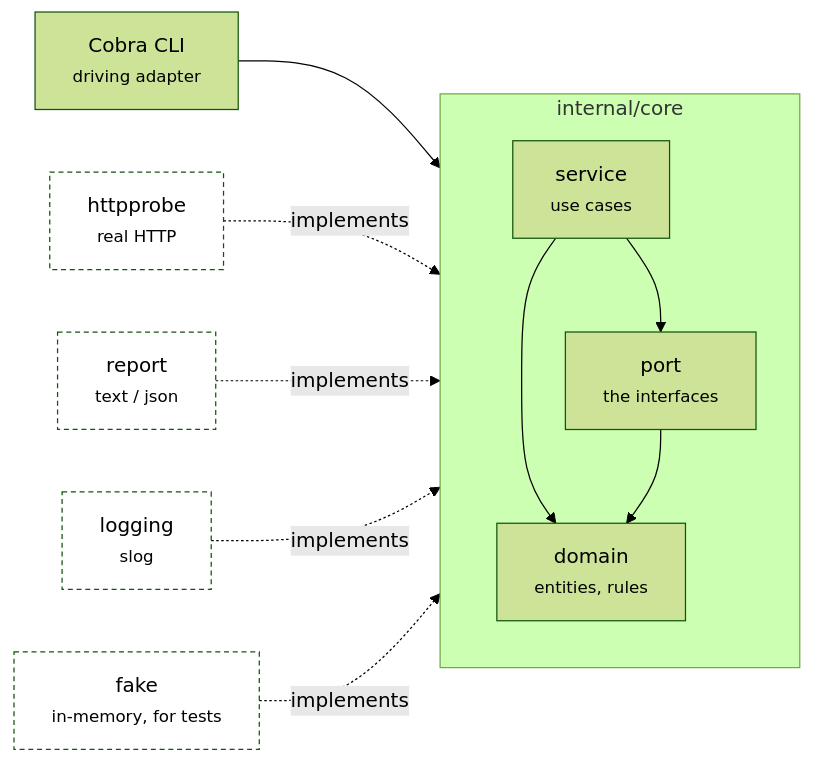
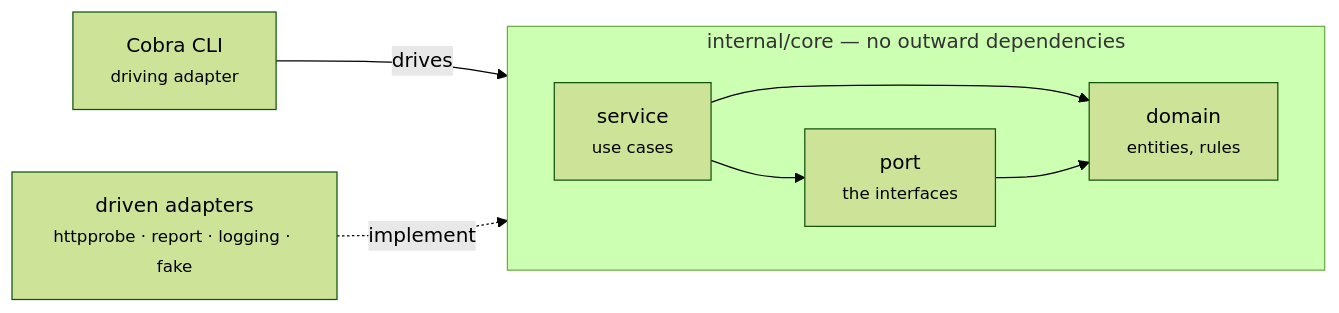
The diagram in index.md (tarakm89/go-cli-go-template), drawn with Mermaid (forest theme) before and after one commit. The commit also changed 6 other files, not shown here.

First line of the commit message:
Make the diagrams match the page, and simplify the hexagon

````diff
--- a/index.md
+++ b/index.md
@@ -37,28 +37,19 @@
 ```mermaid
 flowchart LR
   CLI["Cobra CLI<br/><small>driving adapter</small>"]
 
-  subgraph core["internal/core"]
-    direction TB
+  subgraph core["internal/core — no outward dependencies"]
+    direction LR
+    S["service<br/><small>use cases</small>"]
+    P["port<br/><small>the interfaces</small>"]
     D["domain<br/><small>entities, rules</small>"]
-    P["port<br/><small>the interfaces</small>"]
-    S["service<br/><small>use cases</small>"]
     S --> P
     S --> D
     P --> D
   end
 
-  HTTP["httpprobe<br/><small>real HTTP</small>"]
-  REP["report<br/><small>text / json</small>"]
-  LOG["logging<br/><small>slog</small>"]
-  FAKE["fake<br/><small>in-memory, for tests</small>"]
+  ADP["driven adapters<br/><small>httpprobe · report · logging · fake</small>"]
 
-  CLI --> S
-  HTTP -.implements.-> P
-  REP -.implements.-> P
-  LOG -.implements.-> P
-  FAKE -.implements.-> P
-
-  classDef adapter fill:transparent,stroke-dasharray:4 3;
-  class HTTP,REP,LOG,FAKE adapter;
+  CLI -- drives --> S
+  ADP -. implement .-> P
 ```
````
